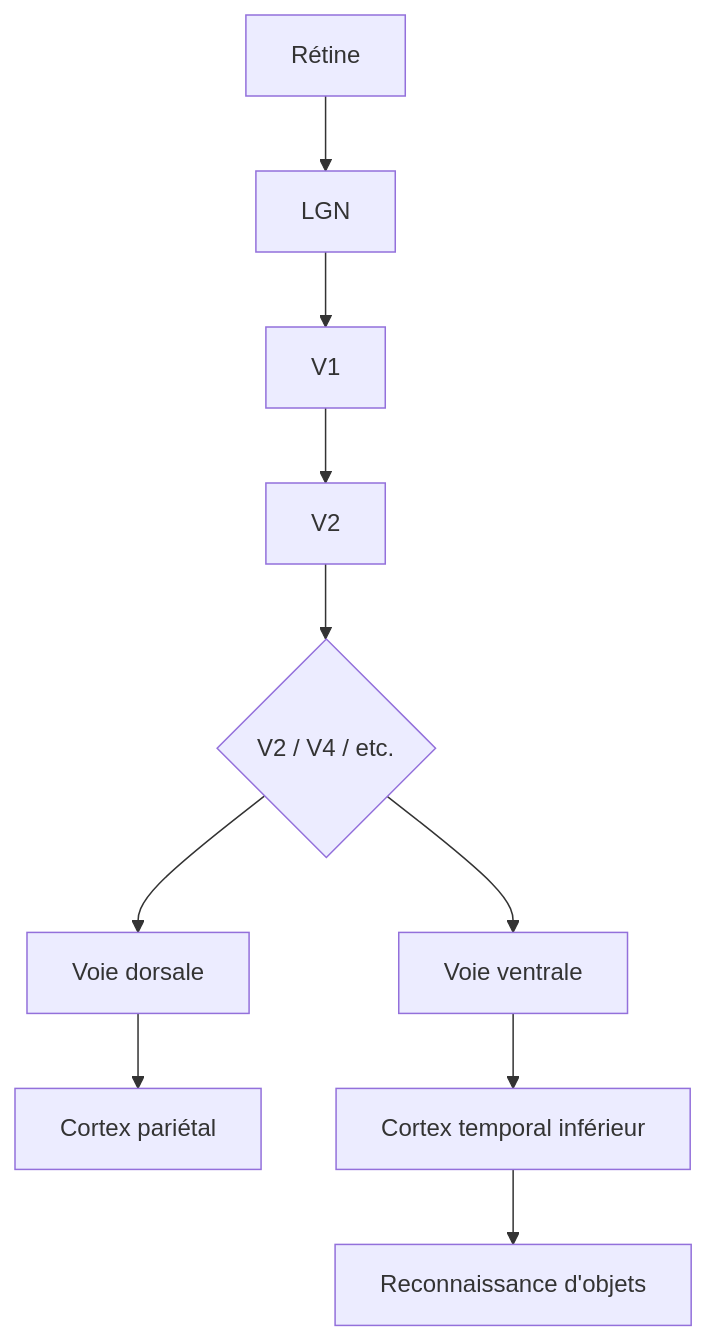
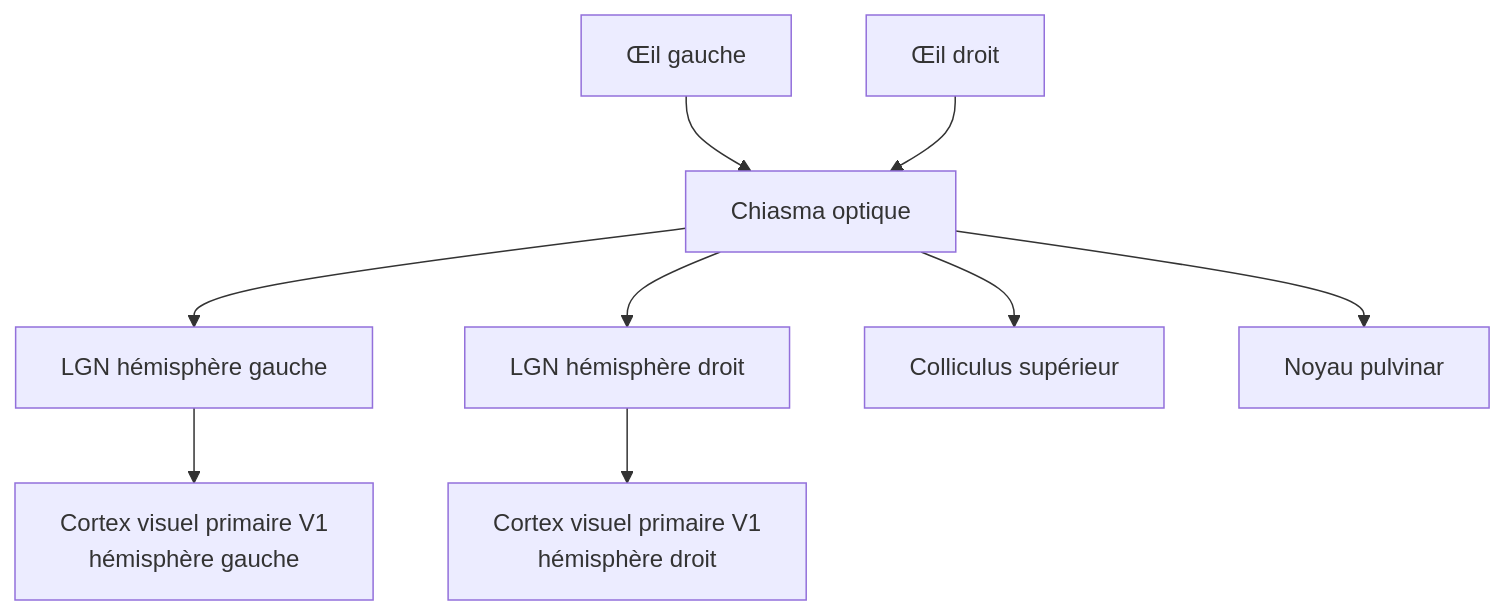
Before and after one commit to Arkanthara/computational_imaging: the third of 5 diagrams in website/fr/ch2.qmd, drawn with Mermaid. The commit also changed other lines of this file and 11 other files, not shown here.

````diff
--- a/website/fr/ch2.qmd
+++ b/website/fr/ch2.qmd
@@ -223,12 +391,11 @@
 ```{mermaid}
 graph TD
-    A[Rétine] --> B[LGN]
-    B --> C[V1]
-    C --> D[V2]
-    D --> E{V2 / V4 / etc.}
-    E --> F[Voie dorsale]
-    E --> G[Voie ventrale]
-    F --> H[Cortex pariétal]
-    G --> I[Cortex temporal inférieur]
-    I --> J[Reconnaissance d'objets]
+    OG[Œil gauche] --> OC[Chiasma optique]
+    OD[Œil droit] --> OC
+    OC --> LGN_G[LGN hémisphère gauche]
+    OC --> LGN_D[LGN hémisphère droit]
+    LGN_G --> V1_G[Cortex visuel primaire V1\nhémisphère gauche]
+    LGN_D --> V1_D[Cortex visuel primaire V1\nhémisphère droit]
+    OC --> CS[Colliculus supérieur]
+    OC --> PN[Noyau pulvinar]
 ```
````
